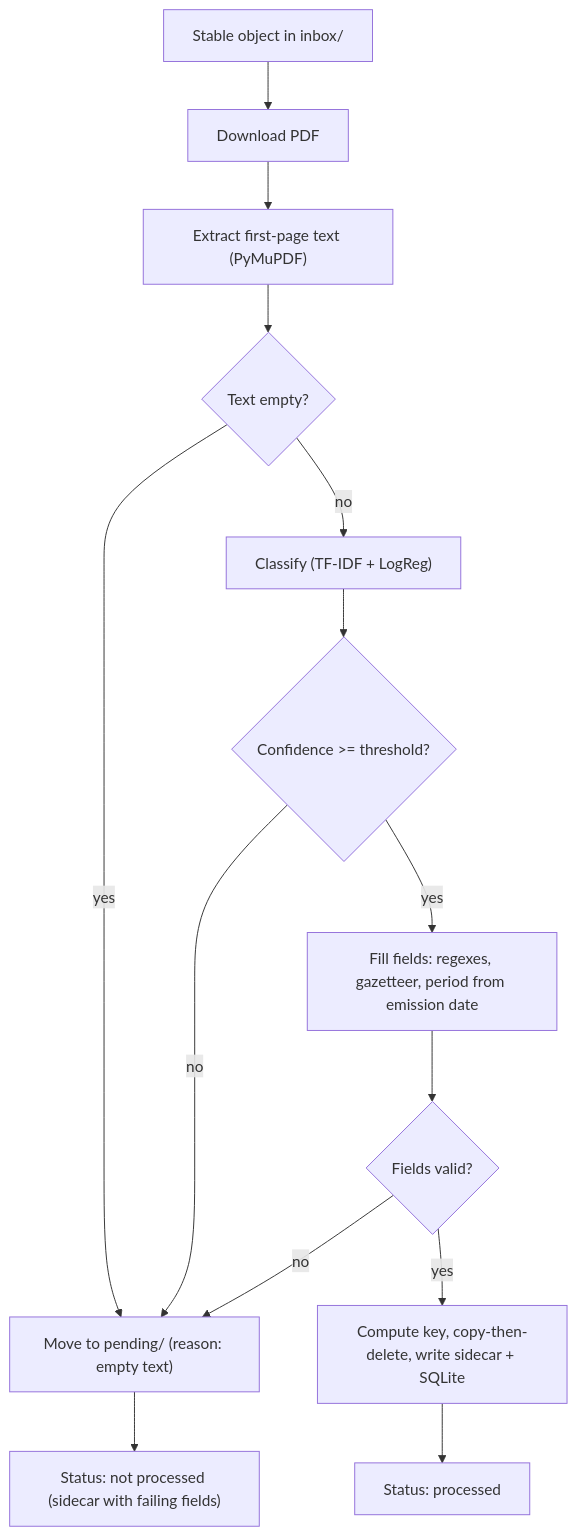
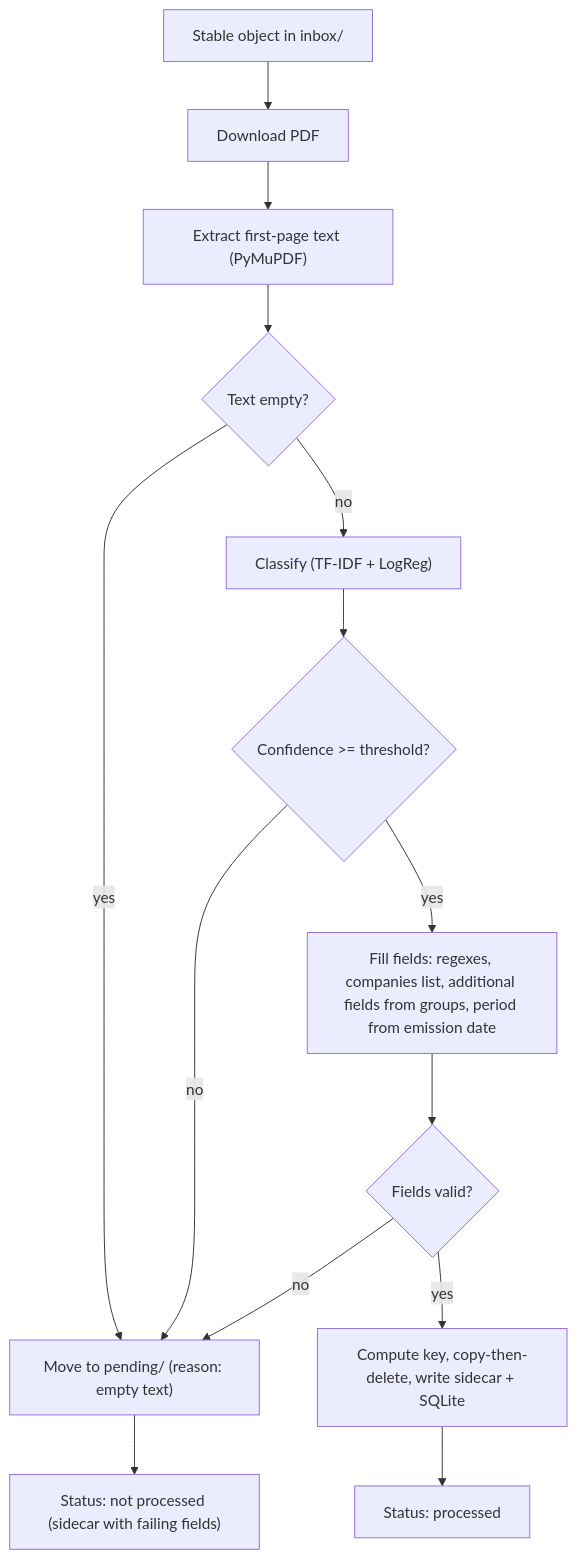
One commit to napnap75/multiarch-docker-images changed the second of 3 diagrams in automatic-pdf-renamer/arch.md. Above: the diagram before and after it, drawn with Mermaid. The commit also changed other lines of this file and 6 other files, not shown here.

````diff
--- a/automatic-pdf-renamer/arch.md
+++ b/automatic-pdf-renamer/arch.md
@@ -102,16 +101,16 @@
 ```mermaid
 flowchart TD
   in["Stable object in inbox/"] --> dl["Download PDF"]
   dl --> tx["Extract first-page text (PyMuPDF)"]
   tx --> empty{"Text empty?"}
   empty -- yes --> pending["Move to pending/ (reason: empty text)"]
   empty -- no --> cls["Classify (TF-IDF + LogReg)"]
   cls --> conf{"Confidence >= threshold?"}
   conf -- no --> pending
-  conf -- yes --> fill["Fill fields: regexes, gazetteer, period from emission date"]
+  conf -- yes --> fill["Fill fields: regexes, companies list, additional fields from groups, period from emission date"]
   fill --> valid{"Fields valid?"}
   valid -- no --> pending
   valid -- yes --> rename["Compute key, copy-then-delete, write sidecar + SQLite"]
   rename --> done["Status: processed"]
   pending --> wait["Status: not processed (sidecar with failing fields)"]
 ```
````
